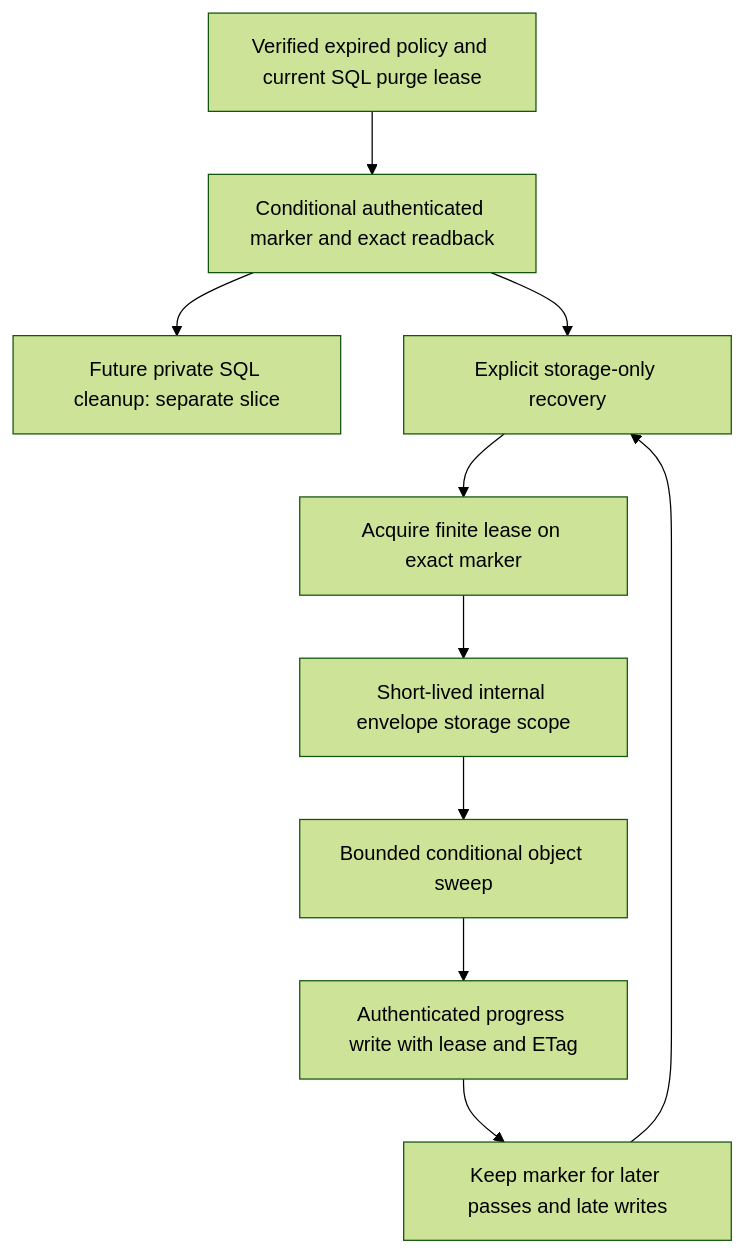
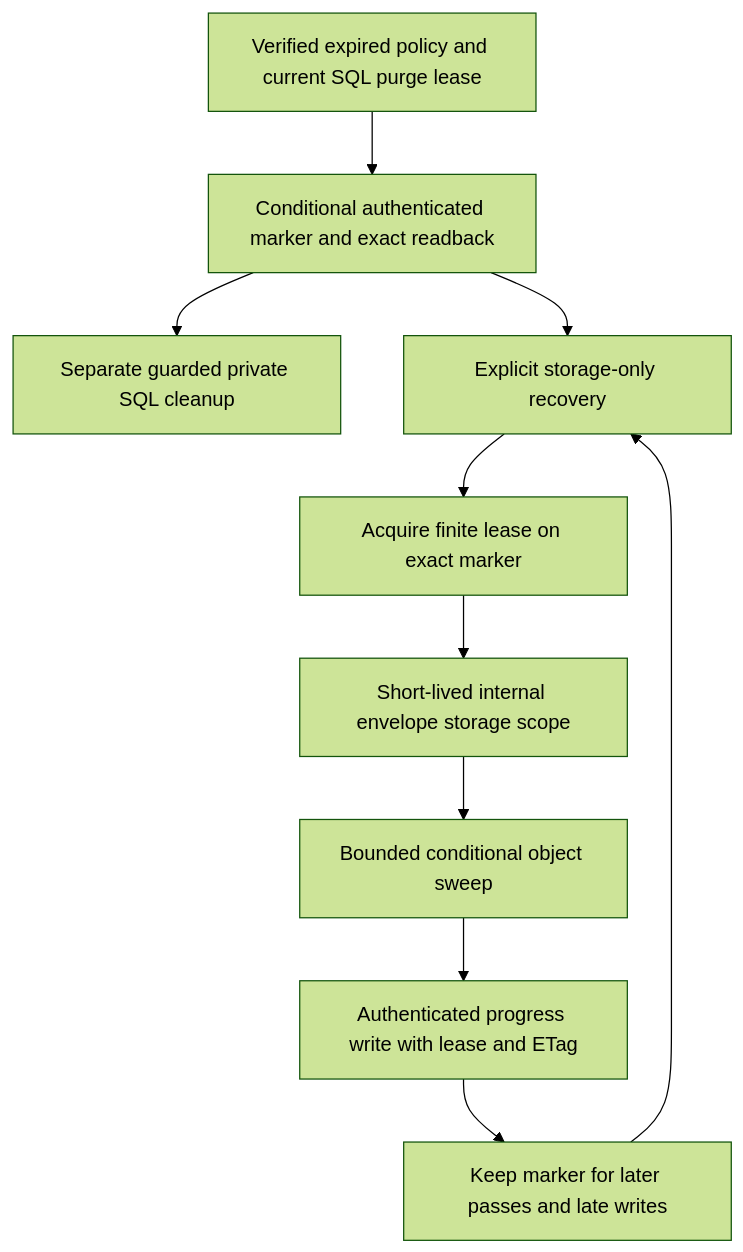
One commit to henrique-meyer/quillsign changed the diagram in docs/demo-purge-recovery.md. Above: the diagram before and after it, drawn with Mermaid (forest theme). The commit also changed other lines of this file and 16 other files, not shown here.

Commit message:
QUILS-80 add guarded expired-demo private SQL cleanup

````diff
--- a/docs/demo-purge-recovery.md
+++ b/docs/demo-purge-recovery.md
@@ -11,12 +11,12 @@
 ```mermaid
 flowchart TD
     A[Verified expired policy and current SQL purge lease] --> B[Conditional authenticated marker and exact readback]
-    B --> C[Future private SQL cleanup: separate slice]
+    B --> C[Separate guarded private SQL cleanup]
     B --> D[Explicit storage-only recovery]
     D --> E[Acquire finite lease on exact marker]
     E --> F[Short-lived internal envelope storage scope]
     F --> G[Bounded conditional object sweep]
     G --> H[Authenticated progress write with lease and ETag]
     H --> I[Keep marker for later passes and late writes]
     I --> D
 ```
````
